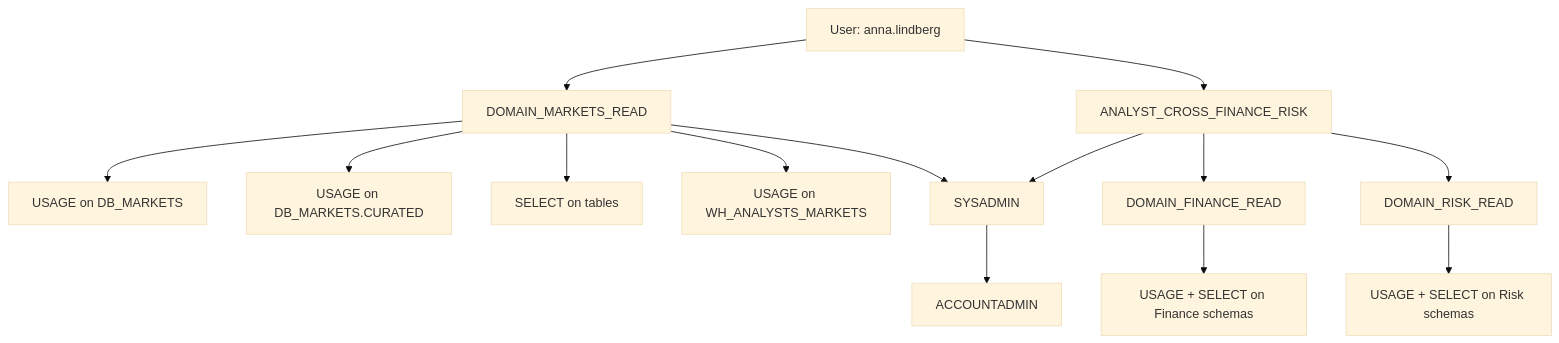
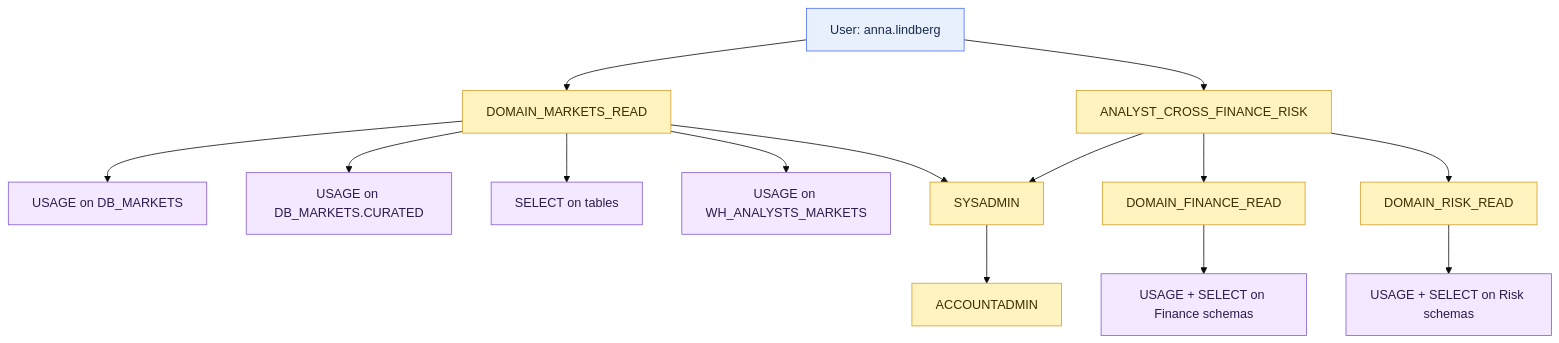
One commit to shonningsoy/Upskill changed the diagram in 01 Snowflake/03 Security and Governance/12 RBAC Roles and Privileges.md. Above: the diagram before and after it, drawn with Mermaid (base theme). The commit also changed other lines of this file and 7 other files, not shown here.

````diff
--- a/01 Snowflake/03 Security and Governance/12 RBAC Roles and Privileges.md
+++ b/01 Snowflake/03 Security and Governance/12 RBAC Roles and Privileges.md
@@ -233,19 +235,29 @@
 ```mermaid
 flowchart TD
     U[User: anna.lindberg] --> R1[DOMAIN_MARKETS_READ]
     U --> R2[ANALYST_CROSS_FINANCE_RISK]
     
     R1 --> P1[USAGE on DB_MARKETS]
     R1 --> P2[USAGE on DB_MARKETS.CURATED]
     R1 --> P3[SELECT on tables]
     R1 --> P4[USAGE on WH_ANALYSTS_MARKETS]
     
     R2 --> R3[DOMAIN_FINANCE_READ]
     R2 --> R4[DOMAIN_RISK_READ]
     R3 --> P5[USAGE + SELECT on Finance schemas]
     R4 --> P6[USAGE + SELECT on Risk schemas]
     
     R1 --> SYS[SYSADMIN]
     R2 --> SYS
     SYS --> ACC[ACCOUNTADMIN]
+
+    classDef input fill:#E8F0FE,stroke:#4C6EF5,color:#172B4D
+    classDef control fill:#FFF3BF,stroke:#D69E2E,color:#3D2E00
+    classDef snowflake fill:#E6FCF5,stroke:#2F9E7B,color:#123C34
+    classDef platform fill:#F1F3F5,stroke:#868E96,color:#212529
+    classDef output fill:#F3E8FF,stroke:#805AD5,color:#2D1B4E
+
+    class U input
+    class R1,R2,R3,R4,SYS,ACC control
+    class P1,P2,P3,P4,P5,P6 output
 ```
````
